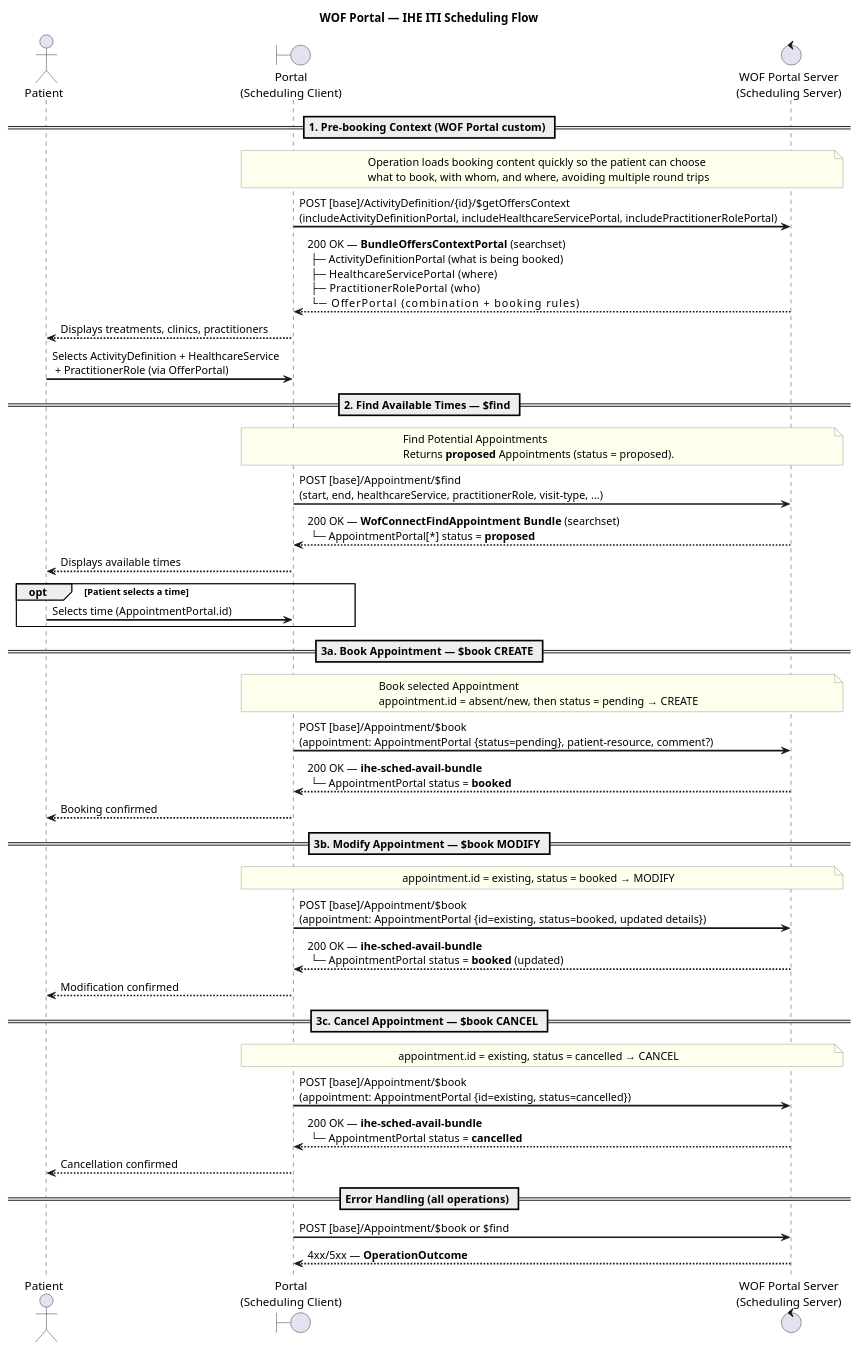
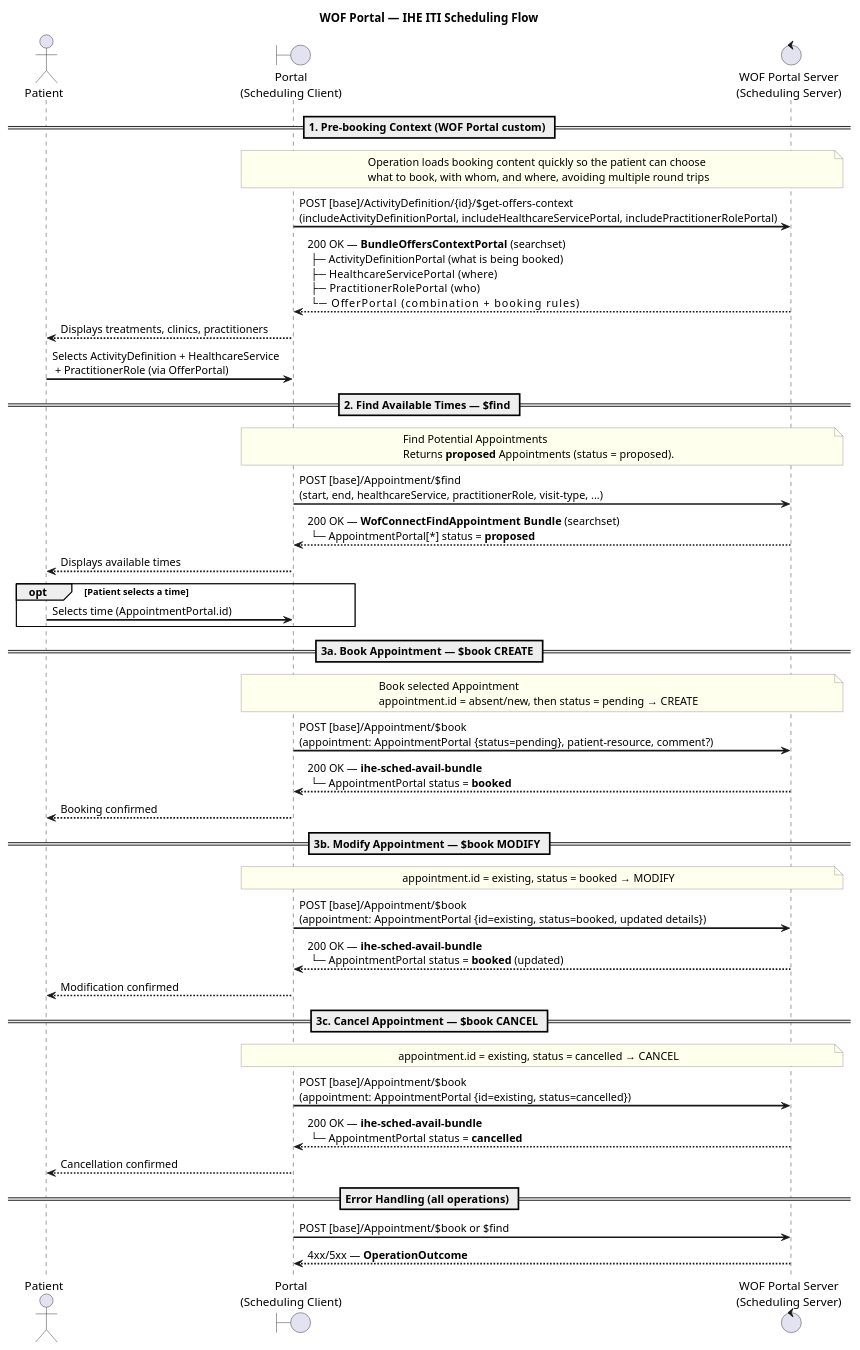
The diagram in input/images-source/scheduling-flow.plantuml (servicewell/servicewell.fhir.wof-portal), drawn with PlantUML before and after one commit. The commit also changed 1 other file, not shown here.

```diff
--- a/input/images-source/scheduling-flow.plantuml
+++ b/input/images-source/scheduling-flow.plantuml
@@ -1,81 +1,81 @@
 @startuml
 title WOF Portal — IHE ITI Scheduling Flow
 
 skinparam sequenceArrowThickness 2
 skinparam sequenceGroupBorderThickness 1
 skinparam noteBorderColor #888888
 skinparam noteBackgroundColor #FFFFEE
 
 actor Patient
 boundary "Portal\n(Scheduling Client)" as Client
 control "WOF Portal Server\n(Scheduling Server)" as Server
 
 == 1. Pre-booking Context (WOF Portal custom) ==
 
 note over Client,Server
   Operation loads booking content quickly so the patient can choose
   what to book, with whom, and where, avoiding multiple round trips
 end note
 
-Client -> Server : POST [base]/ActivityDefinition/{id}/$getOffersContext\n(includeActivityDefinitionPortal, includeHealthcareServicePortal, includePractitionerRolePortal)
+Client -> Server : POST [base]/ActivityDefinition/{id}/$get-offers-context\n(includeActivityDefinitionPortal, includeHealthcareServicePortal, includePractitionerRolePortal)
 Server --> Client : 200 OK — **BundleOffersContextPortal** (searchset)\n ├─ ActivityDefinitionPortal  (what is being booked)\n ├─ HealthcareServicePortal    (where)\n ├─ PractitionerRolePortal     (who)\n └─ OfferPortal                (combination + booking rules)
 
 Patient <-- Client : Displays treatments, clinics, practitioners
 Patient -> Client : Selects ActivityDefinition + HealthcareService\n + PractitionerRole (via OfferPortal)
 
 == 2. Find Available Times — $find ==
 
 note over Client,Server
   Find Potential Appointments
   Returns **proposed** Appointments (status = proposed).
 end note
 
 Client -> Server : POST [base]/Appointment/$find\n(start, end, healthcareService, practitionerRole, visit-type, ...)
 Server --> Client : 200 OK — **WofConnectFindAppointment Bundle** (searchset)\n └─ AppointmentPortal[*]  status = **proposed**
 
 Patient <-- Client : Displays available times
 
 opt Patient selects a time
   Patient -> Client : Selects time (AppointmentPortal.id)
 end
 
 == 3a. Book Appointment — $book CREATE ==
 
 note over Client,Server
   Book selected Appointment
   appointment.id = absent/new, then status = pending → CREATE
 end note
 
 Client -> Server : POST [base]/Appointment/$book\n(appointment: AppointmentPortal {status=pending}, patient-resource, comment?)
 Server --> Client : 200 OK — **ihe-sched-avail-bundle**\n └─ AppointmentPortal  status = **booked**
 
 Patient <-- Client : Booking confirmed
 
 == 3b. Modify Appointment — $book MODIFY ==
 
 note over Client,Server
   appointment.id = existing, status = booked → MODIFY
 end note
 
 Client -> Server : POST [base]/Appointment/$book\n(appointment: AppointmentPortal {id=existing, status=booked, updated details})
 Server --> Client : 200 OK — **ihe-sched-avail-bundle**\n └─ AppointmentPortal  status = **booked** (updated)
 
 Patient <-- Client : Modification confirmed
 
 == 3c. Cancel Appointment — $book CANCEL ==
 
 note over Client,Server
   appointment.id = existing, status = cancelled → CANCEL
 end note
 
 Client -> Server : POST [base]/Appointment/$book\n(appointment: AppointmentPortal {id=existing, status=cancelled})
 Server --> Client : 200 OK — **ihe-sched-avail-bundle**\n └─ AppointmentPortal  status = **cancelled**
 
 Patient <-- Client : Cancellation confirmed
 
 == Error Handling (all operations) ==
 
 Client -> Server : POST [base]/Appointment/$book or $find
 Server --> Client : 4xx/5xx — **OperationOutcome**
 
 @enduml
```
